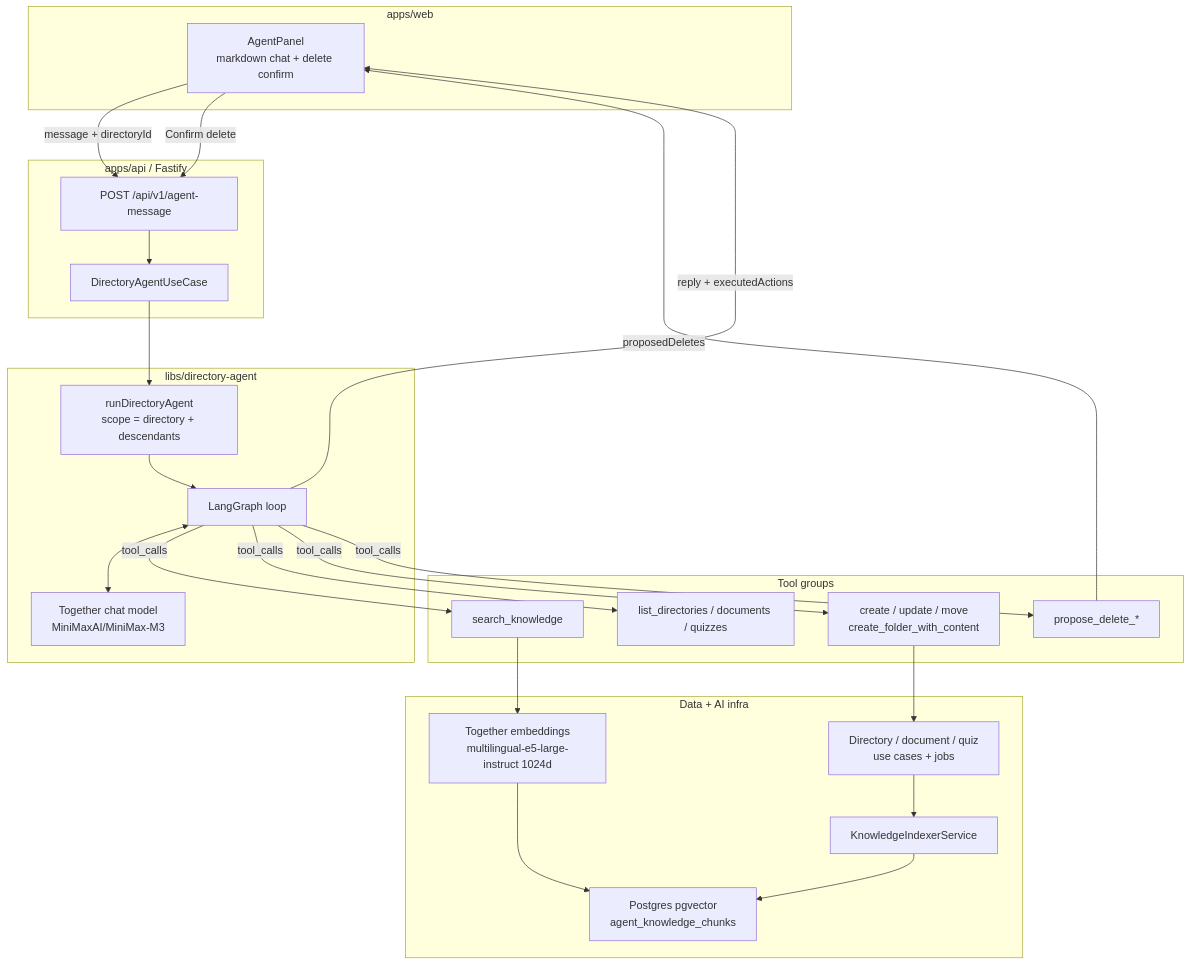
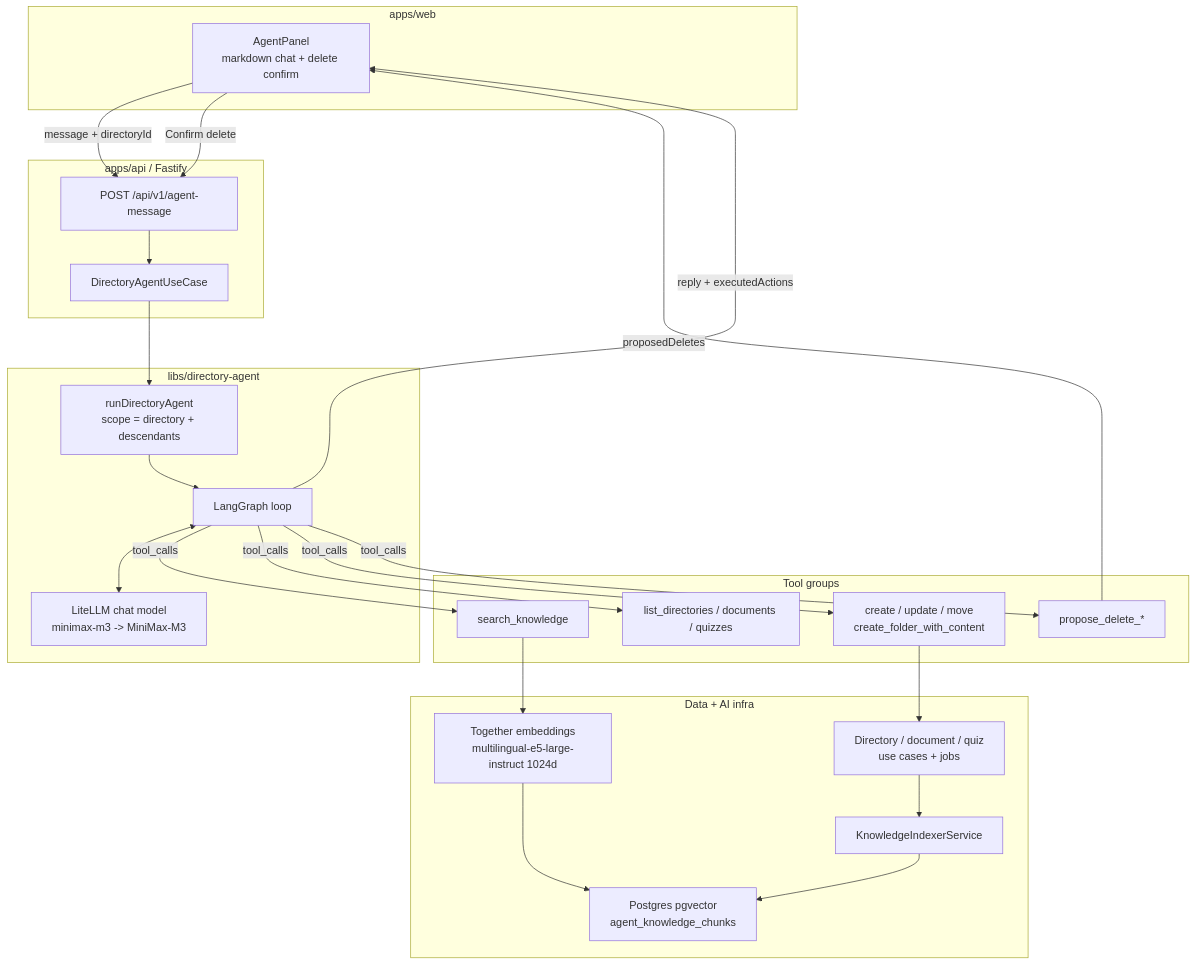
Before and after one commit to AndreMashukov/sf-next-supabase: the diagram in README.md, drawn with Mermaid. The commit also changed other lines of this file and 14 other files, not shown here.

First line of the commit message:
Route chat completions through LiteLLM while keeping Together MiniMax upstream.

````diff
--- a/README.md
+++ b/README.md
@@ -105,45 +113,45 @@
 ```mermaid
 flowchart TB
   subgraph Web["apps/web"]
     UI["AgentPanel<br/>markdown chat + delete confirm"]
   end
 
   subgraph API["apps/api / Fastify"]
     Route["POST /api/v1/agent-message"]
     UseCase["DirectoryAgentUseCase"]
   end
 
   subgraph Agent["libs/directory-agent"]
     Run["runDirectoryAgent<br/>scope = directory + descendants"]
     Graph["LangGraph loop"]
-    Model["Together chat model<br/>MiniMaxAI/MiniMax-M3"]
+    Model["LiteLLM chat model<br/>minimax-m3 -> MiniMax-M3"]
   end
 
   subgraph ToolGroups["Tool groups"]
     RAG["search_knowledge"]
     List["list_directories / documents / quizzes"]
     Mutate["create / update / move<br/>create_folder_with_content"]
     Propose["propose_delete_*"]
   end
 
   subgraph Data["Data + AI infra"]
     Embed["Together embeddings<br/>multilingual-e5-large-instruct 1024d"]
     Vector["Postgres pgvector<br/>agent_knowledge_chunks"]
     CRUD["Directory / document / quiz<br/>use cases + jobs"]
     Indexer["KnowledgeIndexerService"]
   end
 
   UI -->|"message + directoryId"| Route
   Route --> UseCase --> Run --> Graph
   Graph <--> Model
   Graph -->|tool_calls| RAG
   Graph -->|tool_calls| List
   Graph -->|tool_calls| Mutate
   Graph -->|tool_calls| Propose
   RAG --> Embed --> Vector
   Mutate --> CRUD
   CRUD --> Indexer --> Vector
   Propose -->|proposedDeletes| UI
   UI -->|Confirm delete| Route
   Graph -->|"reply + executedActions"| UI
 ```
````
